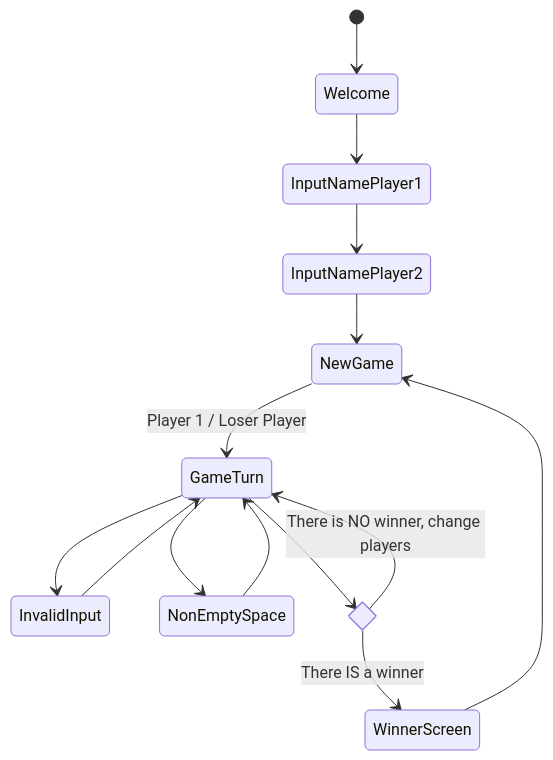
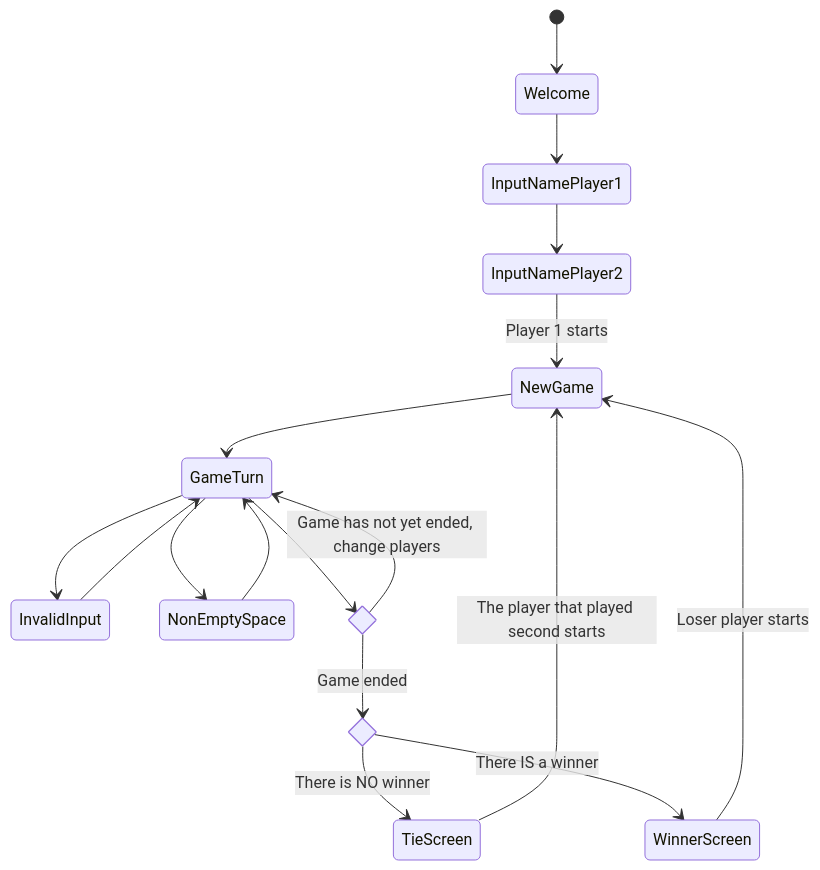
Before and after one commit to Thiago-Morais/Curso-Unifel-Games-Trabalho-02: the diagram in README.md, drawn with Mermaid. The commit also changed 5 other files, not shown here.

Commit message:
feat: Add TieScreen

````diff
--- a/README.md
+++ b/README.md
@@ -11,26 +11,31 @@
 ```mermaid
 stateDiagram-v2
     Welcome
     InputNamePlayer1
     InputNamePlayer2
     NewGame
     GameTurn
     InvalidInput
+    TieScreen
     WinnerScreen
     NonEmptySpace
+    state has_game_ended <<choice>>
     state is_there_a_winner <<choice>>
 
     [*] --> Welcome
     Welcome --> InputNamePlayer1
     InputNamePlayer1 --> InputNamePlayer2
-    InputNamePlayer2 --> NewGame
-    NewGame --> GameTurn: Player 1 / Loser Player
+    InputNamePlayer2 --> NewGame: Player 1 starts
+    NewGame --> GameTurn
     GameTurn --> InvalidInput
     InvalidInput --> GameTurn
     GameTurn --> NonEmptySpace
     NonEmptySpace --> GameTurn
-    GameTurn --> is_there_a_winner
-    is_there_a_winner --> GameTurn : There is NO winner, change players
+    GameTurn --> has_game_ended
+    has_game_ended --> GameTurn : Game has not yet ended, change players
+    has_game_ended --> is_there_a_winner : Game ended
+    is_there_a_winner --> TieScreen : There is NO winner
     is_there_a_winner --> WinnerScreen : There IS a winner
-    WinnerScreen --> NewGame
+    TieScreen --> NewGame: The player that played second starts
+    WinnerScreen --> NewGame: Loser player starts
 ```
````
